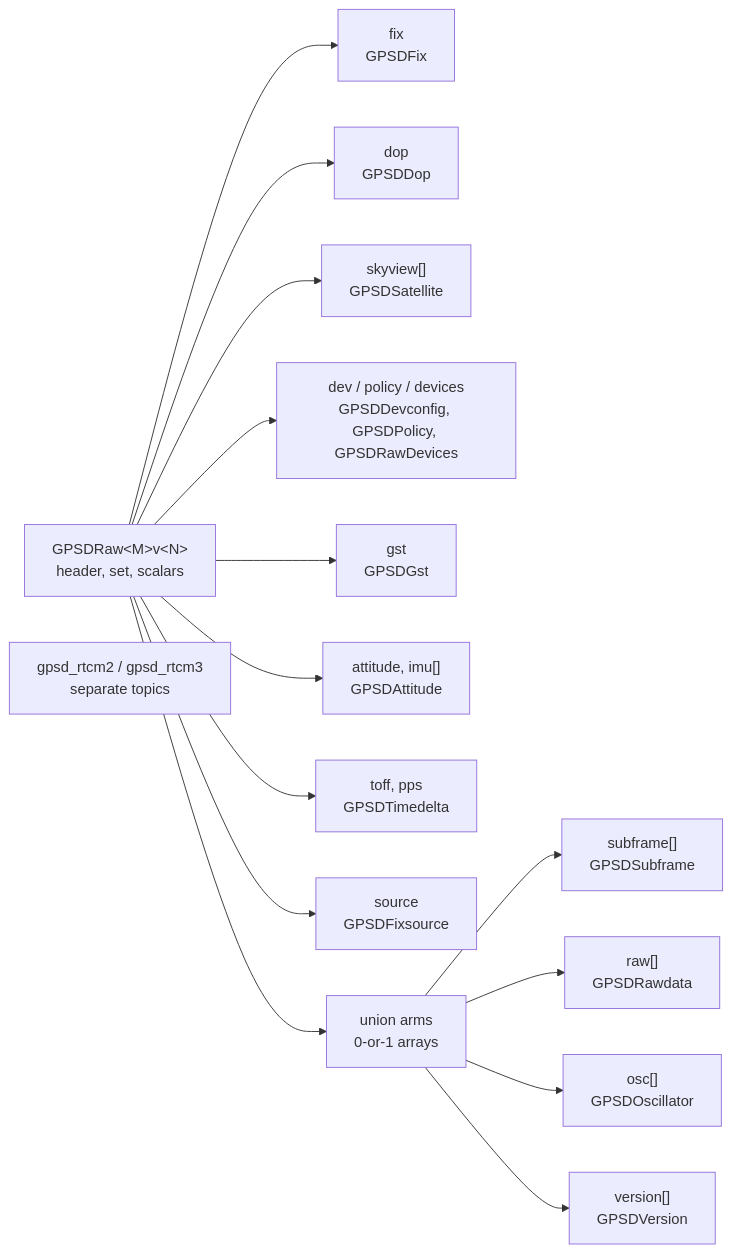
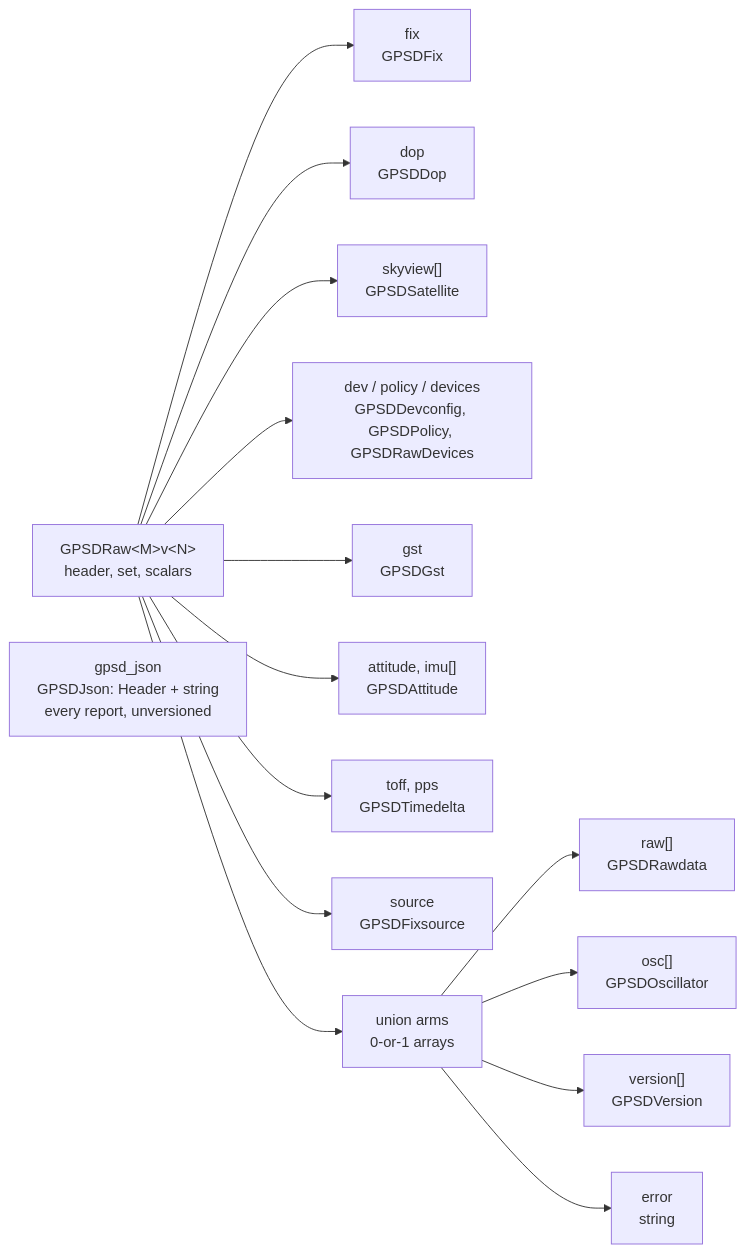
The diagram in docs/gpsd-raw-message-structure.md (swri-robotics/gps_umd), drawn with Mermaid before and after one commit. The commit also changed other lines of this file and 761 other files, not shown here.

````diff
--- a/docs/gpsd-raw-message-structure.md
+++ b/docs/gpsd-raw-message-structure.md
@@ -32,21 +34,21 @@
 ```mermaid
 graph LR
   RAW["GPSDRaw&lt;M&gt;v&lt;N&gt;<br/>header, set, scalars"]
 
   RAW --> FIX["fix<br/>GPSDFix"]
   RAW --> DOP["dop<br/>GPSDDop"]
   RAW --> SKY["skyview[]<br/>GPSDSatellite"]
   RAW --> DEV["dev / policy / devices<br/>GPSDDevconfig, GPSDPolicy, GPSDRawDevices"]
   RAW --> GST["gst<br/>GPSDGst"]
   RAW --> ATT["attitude, imu[]<br/>GPSDAttitude"]
   RAW --> TIME["toff, pps<br/>GPSDTimedelta"]
   RAW --> SRC["source<br/>GPSDFixsource"]
 
   RAW --> UNION["union arms<br/>0-or-1 arrays"]
-  UNION --> SUB["subframe[]<br/>GPSDSubframe"]
   UNION --> RAWD["raw[]<br/>GPSDRawdata"]
   UNION --> OSC["osc[]<br/>GPSDOscillator"]
   UNION --> VER["version[]<br/>GPSDVersion"]
+  UNION --> ERR["error<br/>string"]
 
-  RTCM["gpsd_rtcm2 / gpsd_rtcm3<br/>separate topics"]
+  JSON["gpsd_json<br/>GPSDJson: Header + string<br/>every report, unversioned"]
 ```
````
